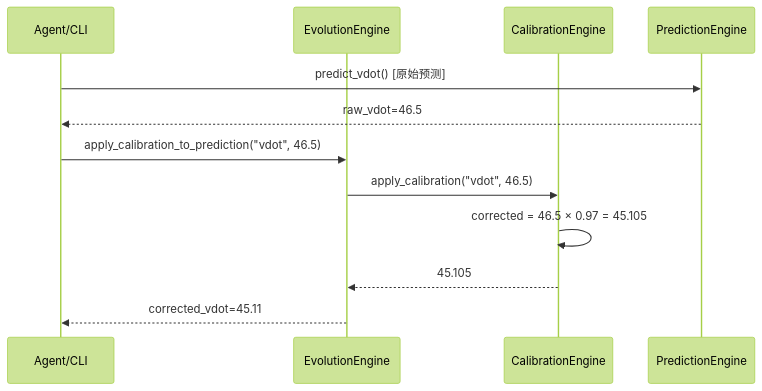
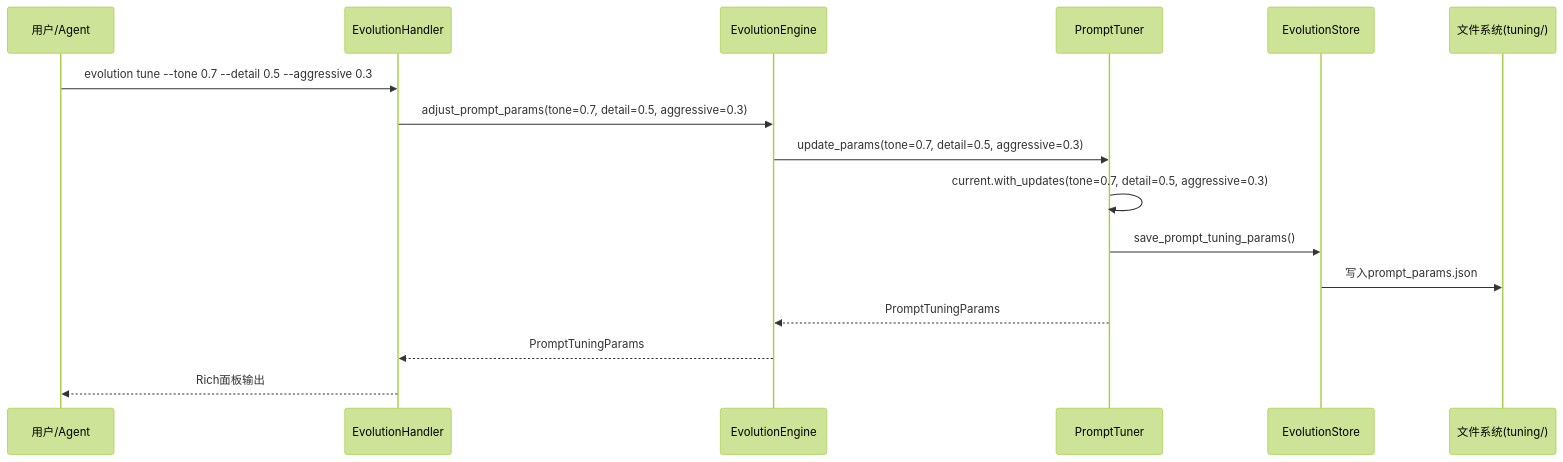
One commit to yecllsl/nanobot-runner changed the fifth of 6 diagrams in docs/architecture/架构设计说明书.md. Above: the diagram before and after it, drawn with Mermaid (forest theme). The commit also changed other lines of this file and 3 other files, not shown here.

First line of the commit message:
docs: add v0.25.0 architecture review and task list documents

````diff
--- a/docs/architecture/架构设计说明书.md
+++ b/docs/architecture/架构设计说明书.md
@@ -1319,15 +1736,19 @@
 ```mermaid
 sequenceDiagram
-    participant Agent as Agent/CLI
+    participant User as 用户/Agent
+    participant Handler as EvolutionHandler
     participant Engine as EvolutionEngine
-    participant CE as CalibrationEngine
-    participant PE as PredictionEngine
+    participant PT as PromptTuner
+    participant Store as EvolutionStore
+    participant FS as 文件系统(tuning/)
 
-    Agent->>PE: predict_vdot() [原始预测]
-    PE-->>Agent: raw_vdot=46.5
-    Agent->>Engine: apply_calibration_to_prediction("vdot", 46.5)
-    Engine->>CE: apply_calibration("vdot", 46.5)
-    CE->>CE: corrected = 46.5 × 0.97 = 45.105
-    CE-->>Engine: 45.105
-    Engine-->>Agent: corrected_vdot=45.11
+    User->>Handler: evolution tune --tone 0.7 --detail 0.5 --aggressive 0.3
+    Handler->>Engine: adjust_prompt_params(tone=0.7, detail=0.5, aggressive=0.3)
+    Engine->>PT: update_params(tone=0.7, detail=0.5, aggressive=0.3)
+    PT->>PT: current.with_updates(tone=0.7, detail=0.5, aggressive=0.3)
+    PT->>Store: save_prompt_tuning_params()
+    Store->>FS: 写入prompt_params.json
+    PT-->>Engine: PromptTuningParams
+    Engine-->>Handler: PromptTuningParams
+    Handler-->>User: Rich面板输出
 ```
````
